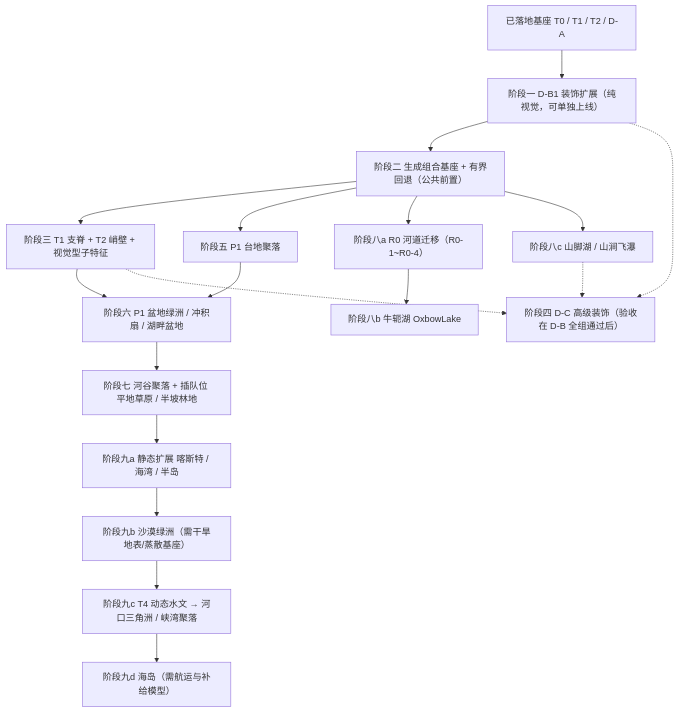
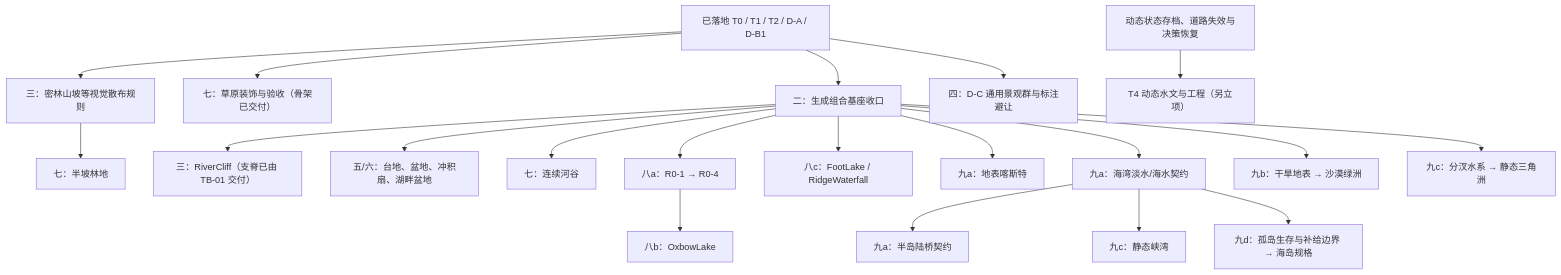
The first of 2 diagrams in docs/plan/tech/06-terrain-templates.md (g39088902/FlowAndAccord), drawn with Mermaid before and after one commit. The commit also changed other lines of this file and 4 other files, not shown here.

````diff
--- a/docs/plan/tech/06-terrain-templates.md
+++ b/docs/plan/tech/06-terrain-templates.md
@@ -45,21 +27,22 @@
 ```mermaid
 flowchart TD
-    B["已落地基座 T0 / T1 / T2 / D-A"]
-    B --> S1["阶段一 D-B1 装饰扩展（纯视觉，可单独上线）"]
-    S1 --> S2["阶段二 生成组合基座 + 有界回退（公共前置）"]
-    S2 --> S3["阶段三 T1 支脊 + T2 峭壁 + 视觉型子特征"]
-    S2 --> S5["阶段五 P1 台地聚落"]
-    S5 --> S6["阶段六 P1 盆地绿洲 / 冲积扇 / 湖畔盆地"]
-    S3 --> S6
-    S6 --> S7["阶段七 河谷聚落 + 插队位 平地草原 / 半坡林地"]
-    S7 --> S9A["阶段九a 静态扩展 喀斯特 / 海湾 / 半岛"]
-    S9A --> S9B["阶段九b 沙漠绿洲（需干旱地表/蒸散基座）"]
-    S9B --> S9C["阶段九c T4 动态水文 → 河口三角洲 / 峡湾聚落"]
-    S9C --> S9D["阶段九d 海岛（需航运与补给模型）"]
-    S2 --> W1["阶段八a R0 河道迁移（R0-1~R0-4）"]
-    W1 --> W2["阶段八b 牛轭湖 OxbowLake"]
-    S2 --> W3["阶段八c 山脚湖 / 山涧飞瀑"]
-    S1 -.-> S4["阶段四 D-C 高级装饰（验收在 D-B 全组通过后）"]
-    S3 -.-> S4
-    W3 -.-> S4
+    B["已落地 T0 / T1 / T2 / D-A / D-B1"] --> S2["二：生成组合基座收口"]
+    B --> G["七：草原装饰与验收（骨架已交付）"]
+    B --> F["三：密林山坡等视觉散布规则"]
+    F --> H["七：半坡林地"]
+    B --> DC["四：D-C 通用景观群与标注避让"]
+    S2 --> C["三：RiverCliff（支脊已由 TB-01 交付）"]
+    S2 --> P["五/六：台地、盆地、冲积扇、湖畔盆地"]
+    S2 --> V["七：连续河谷"]
+    S2 --> R["八a：R0-1 → R0-4"]
+    R --> O["八b：OxbowLake"]
+    S2 --> W["八c：FootLake / RidgeWaterfall"]
+    S2 --> K["九a：地表喀斯特"]
+    S2 --> SEA["九a：海湾淡水/海水契约"]
+    SEA --> PEN["九a：半岛陆桥契约"]
+    SEA --> FI["九c：静态峡湾"]
+    S2 --> DRY["九b：干旱地表 → 沙漠绿洲"]
+    S2 --> BR["九c：分汊水系 → 静态三角洲"]
+    SEA --> IS["九d：孤岛生存与补给边界 → 海岛规格"]
+    DY["动态状态存档、道路失效与决策恢复"] --> T4["T4 动态水文与工程（另立项）"]
 ```
````
